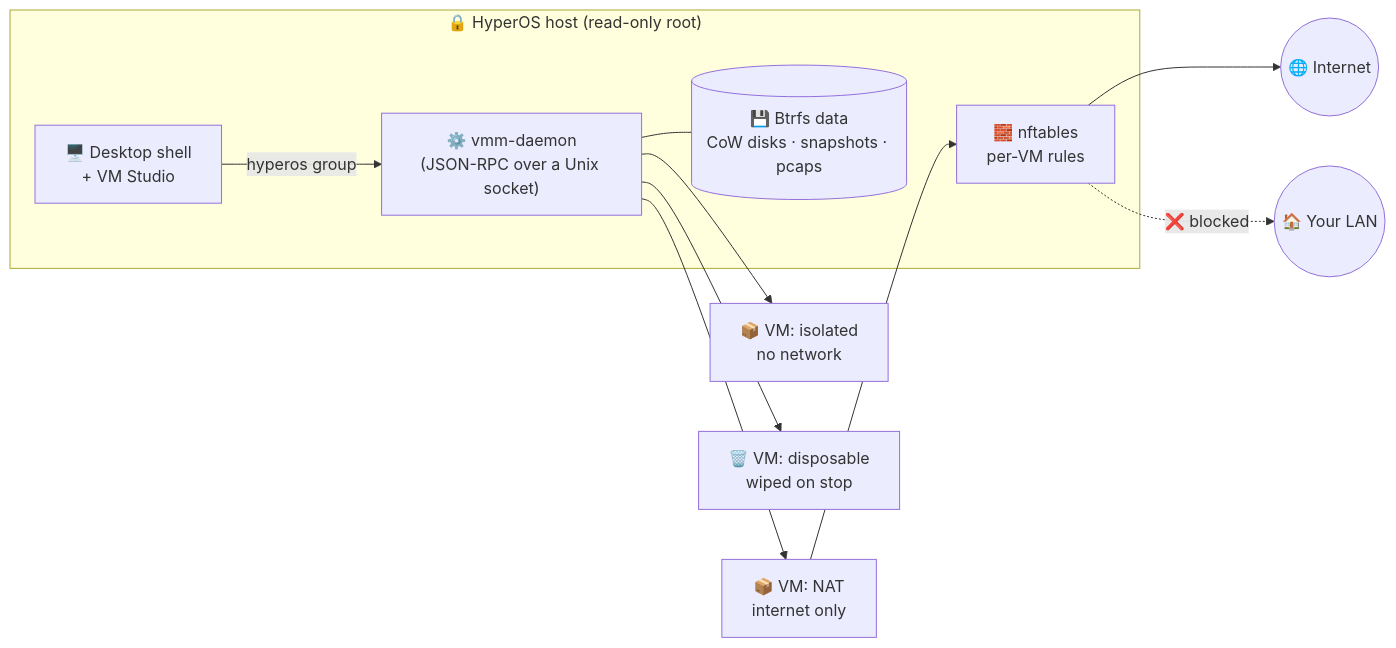
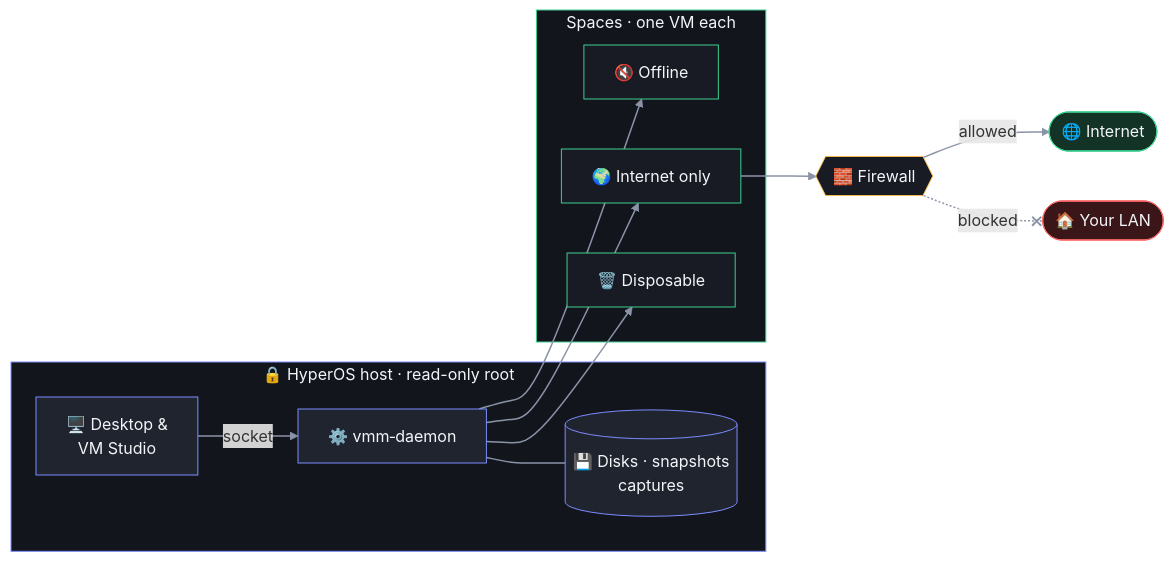
Before and after one commit to 1mos-droid/vm-os: the diagram in README.md, drawn with Mermaid.

Commit message:
docs(readme): redraw the architecture flowchart
Left-to-right layout without crossing edges, short labels, the blocked LAN
path drawn as a crossed edge, and fixed colours so it reads the same in
GitHub's light and dark themes.

````diff
--- a/README.md
+++ b/README.md
@@ -86,16 +86,35 @@
 ```mermaid
 flowchart LR
-    subgraph host["🔒 HyperOS host (read-only root)"]
-        ui["🖥️ Desktop shell<br/>+ VM Studio"]
-        d["⚙️ vmm-daemon<br/>(JSON-RPC over a Unix socket)"]
-        fw["🧱 nftables<br/>per-VM rules"]
-        disk[("💾 Btrfs data<br/>CoW disks · snapshots · pcaps")]
+    subgraph host["🔒 HyperOS host · read-only root"]
+        ui["🖥️ Desktop &amp;<br/>VM Studio"]
+        daemon["⚙️ vmm‑daemon"]
+        disk[("💾 Disks · snapshots<br/>captures")]
+        ui -- "socket" --> daemon
+        daemon --- disk
     end
-    ui -- "hyperos group" --> d
-    d --> vm1["📦 VM: isolated<br/>no network"]
-    d --> vm2["📦 VM: NAT<br/>internet only"]
-    d --> vm3["🗑️ VM: disposable<br/>wiped on stop"]
-    d --- disk
-    vm2 --> fw --> net(("🌐 Internet"))
-    fw -. "❌ blocked" .-> lan(("🏠 Your LAN"))
+
+    subgraph spaces["Spaces · one VM each"]
+        iso["🔇 Offline"]
+        nat["🌍 Internet only"]
+        disp["🗑️ Disposable"]
+    end
+
+    daemon --> iso & nat & disp
+    nat --> fw{{"🧱 Firewall"}}
+    fw -- "allowed" --> net(["🌐 Internet"])
+    fw -. "blocked" .-x lan(["🏠 Your LAN"])
+
+    classDef hostNode fill:#20242e,stroke:#7b8cff,color:#f3f5f9
+    classDef space fill:#181b23,stroke:#3ccf91,color:#f3f5f9
+    classDef guard fill:#181b23,stroke:#f5b74e,color:#f3f5f9
+    classDef good fill:#123326,stroke:#3ccf91,color:#f3f5f9
+    classDef bad fill:#3a1618,stroke:#ff6b6b,color:#f3f5f9
+    class ui,daemon,disk hostNode
+    class iso,nat,disp space
+    class fw guard
+    class net good
+    class lan bad
+    style host fill:#12151c,stroke:#7b8cff,color:#f3f5f9
+    style spaces fill:#12151c,stroke:#3ccf91,color:#f3f5f9
+    linkStyle default stroke:#8b93a7,stroke-width:1.5px
 ```
````
